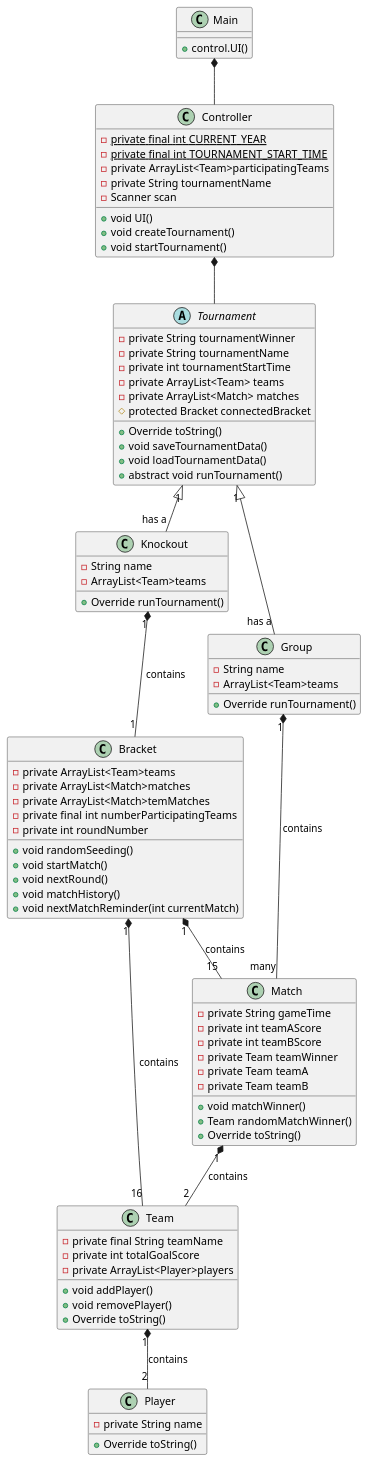
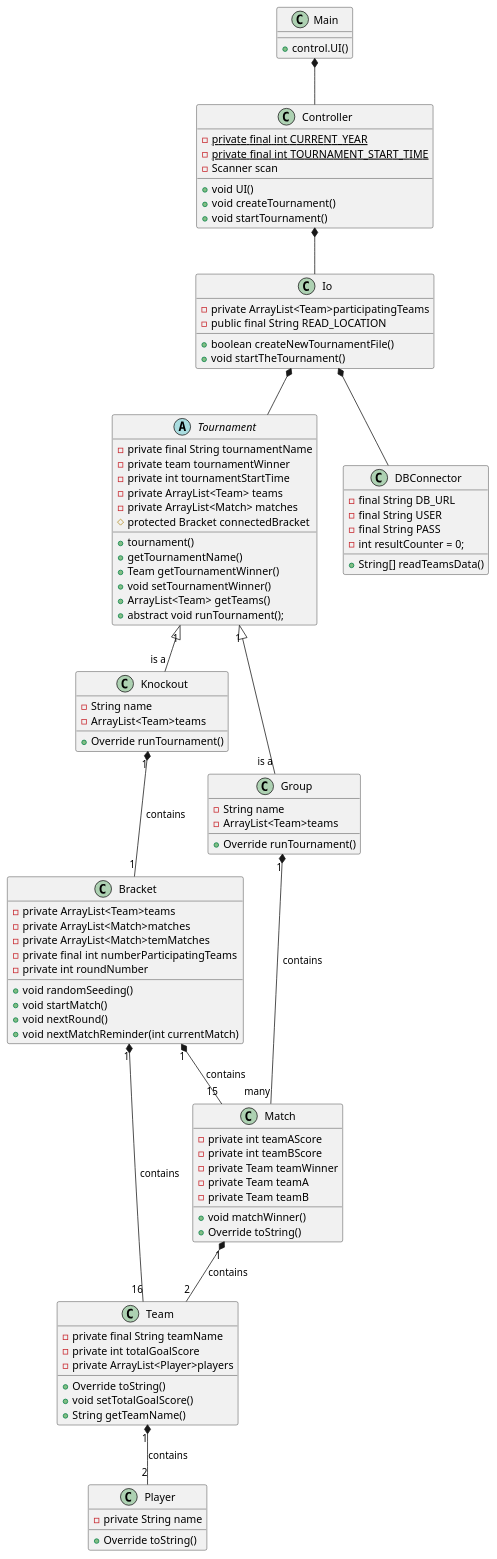
Before and after one commit to Mads725/SP3: the diagram in src/class diagram.puml, drawn with PlantUML.

Commit message:
Update class diagram.puml

```diff
--- a/src/class diagram.puml
+++ b/src/class diagram.puml
@@ -1,83 +1,96 @@
 @startuml
 Abstract Tournament
 class Controller
 class Team
 class Match
 class Bracket
 class Player
 class Main
 class Knockout
 class Group
+class Io
+class DBConnector
 
 Main *-- Controller
-Controller *-- Tournament
-Tournament "1" <|-- "has a" Knockout
-Tournament "1" <|-- "has a" Group
+Controller *-- Io
+Io *-- Tournament
+Tournament "1" <|-- "is a" Knockout
+Tournament "1" <|-- "is a" Group
 Knockout "1" *--"1"Bracket :contains
 Group "1" *-- "many" Match :contains
 Bracket "1" *-- "16" Team :contains
 Bracket "1" *-- "15" Match :contains
 Team "1" *-- "2" Player :contains
 Match "1" *-- "2" Team :contains
+Io *-- DBConnector
 
 Main : + control.UI()
+
+Io : + boolean createNewTournamentFile()
+Io : + void startTheTournament()
+Io : - private ArrayList<Team>participatingTeams
+Io : - public final String READ_LOCATION
+
+DBConnector : - final String DB_URL
+DBConnector : - final String USER
+DBConnector : - final String PASS
+DBConnector : - int resultCounter = 0;
+DBConnector : + String[] readTeamsData()
+
 
 Controller : + void UI()
 Controller : + void createTournament()
 Controller : - private final {static} int CURRENT_YEAR
 Controller : - private final {static} int TOURNAMENT_START_TIME
 Controller : + void startTournament()
-Controller : - private ArrayList<Team>participatingTeams
-Controller : - private String tournamentName
 Controller : - Scanner scan
 
-Tournament : - private String tournamentWinner
-Tournament : - private String tournamentName
+Tournament : - private final String tournamentName
+Tournament : - private team tournamentWinner
 Tournament : - private int tournamentStartTime
 Tournament : - private ArrayList<Team> teams
 Tournament : - private ArrayList<Match> matches
-Tournament : + Override toString()
 Tournament : # protected Bracket connectedBracket
-Tournament : + void saveTournamentData()
-Tournament : + void loadTournamentData()
-Tournament : + abstract void runTournament()
+Tournament : + tournament()
+Tournament : + getTournamentName()
+Tournament : + Team getTournamentWinner()
+Tournament : + void setTournamentWinner()
+Tournament : + ArrayList<Team> getTeams()
+Tournament : + abstract void runTournament();
 
 Knockout : + Override runTournament()
 Knockout : - String name
 Knockout : - ArrayList<Team>teams
 
 Group : + Override runTournament()
 Group : - String name
 Group : - ArrayList<Team>teams
 
 Bracket : - private ArrayList<Team>teams
 Bracket : - private ArrayList<Match>matches
 Bracket : - private ArrayList<Match>temMatches
 Bracket : - private final int numberParticipatingTeams
 Bracket : - private int roundNumber
 Bracket : + void randomSeeding()
 Bracket : + void startMatch()
 Bracket : + void nextRound()
-Bracket : + void matchHistory()
 Bracket : + void nextMatchReminder(int currentMatch)
 
 Team : - private final String teamName
 Team : - private int totalGoalScore
 Team : - private ArrayList<Player>players
-Team : + void addPlayer()
-Team : + void removePlayer()
 Team : + Override toString()
+Team : + void setTotalGoalScore()
+Team : + String getTeamName()
 
-Match : - private String gameTime
 Match : + void matchWinner()
-Match : + Team randomMatchWinner()
 Match : + Override toString()
 Match : - private int teamAScore
 Match : - private int teamBScore
 Match : - private Team teamWinner
 Match : - private Team teamA
 Match : - private Team teamB
 
 Player : - private String name
 Player : + Override toString()
 @enduml
```
